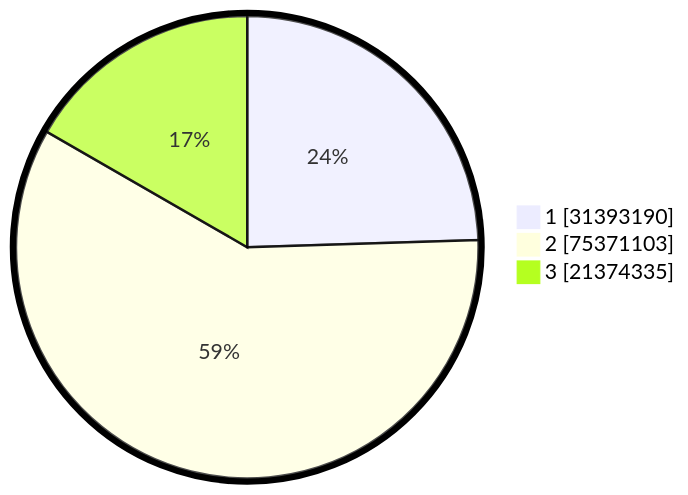
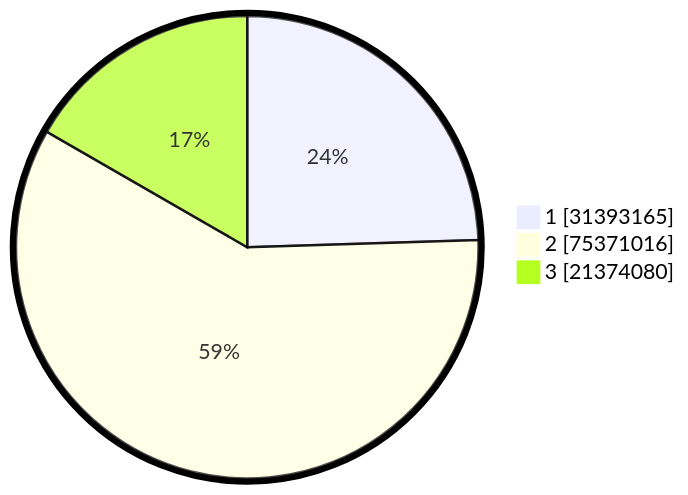
One commit to gigit-pemilu/pemilu-2024 changed the second of 2 diagrams in pilpres/hitung-suara/README.md. Above: the diagram before and after it, drawn with Mermaid. The commit also changed other lines of this file and 8 other files, not shown here.

````diff
--- a/pilpres/hitung-suara/README.md
+++ b/pilpres/hitung-suara/README.md
@@ -93,7 +93,7 @@
 ```mermaid
 %%{init: {"pie": {"textPosition": 0.5}, "themeVariables": {"pieOuterStrokeWidth": "5px"}} }%%
 pie showData
-    "1" : 31393190
-    "2" : 75371103
-    "3" : 21374335
+    "1" : 31393165
+    "2" : 75371016
+    "3" : 21374080
 ```
````
